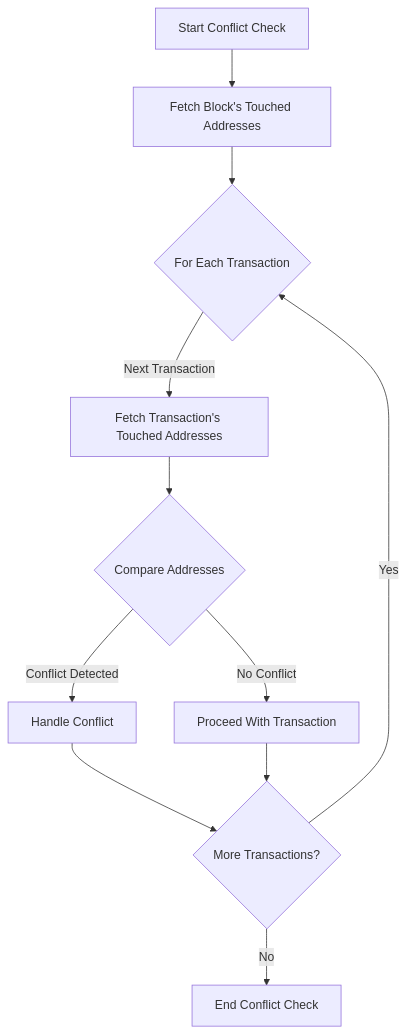
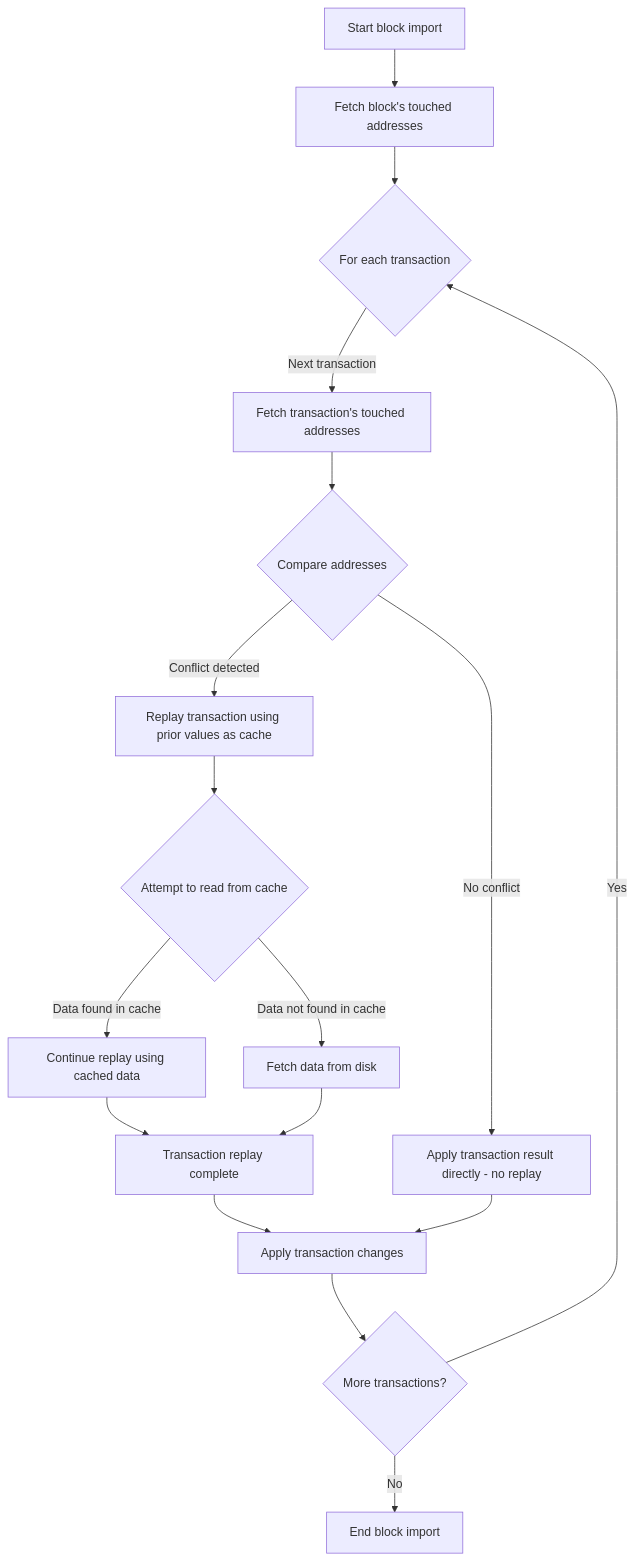
The second of 3 diagrams in docs/public-networks/concepts/parallel-transaction-execution.md (hyperledger/besu-docs), drawn with Mermaid before and after one commit. The commit also changed other lines of this file and 7 other files, not shown here.

````diff
--- a/docs/public-networks/concepts/parallel-transaction-execution.md
+++ b/docs/public-networks/concepts/parallel-transaction-execution.md
@@ -34,13 +62,19 @@
 ```mermaid
 graph TD;
-   A[Start Conflict Check] --> B[Fetch Block's Touched Addresses];
-   B --> C{For Each Transaction};
-   C -->|Next Transaction| D[Fetch Transaction's Touched Addresses];
-   D --> E{Compare Addresses};
-   E -->|Conflict Detected| F[Handle Conflict];
-   E -->|No Conflict| G[Proceed With Transaction];
-   F --> H{More Transactions?};
-   G --> H;
-   H -->|Yes| C;
-   H -->|No| I[End Conflict Check];
+  A[Start block import] --> B[Fetch block's touched addresses];
+  B --> C{For each transaction};
+  C -->|Next transaction| D[Fetch transaction's touched addresses];
+  D --> E{Compare addresses};
+  E -->|Conflict detected| F[Replay transaction using prior values as cache];
+  E -->|No conflict| G[Apply transaction result directly - no replay];
+  F --> H{Attempt to read from cache};
+  H -->|Data found in cache| I[Continue replay using cached data];
+  H -->|Data not found in cache| J[Fetch data from disk];
+  I --> K[Transaction replay complete];
+  J --> K;
+  K --> L[Apply transaction changes];
+  G --> L;
+  L --> M{More transactions?};
+  M -->|Yes| C;
+  M -->|No| N[End block import];
 ```
````
